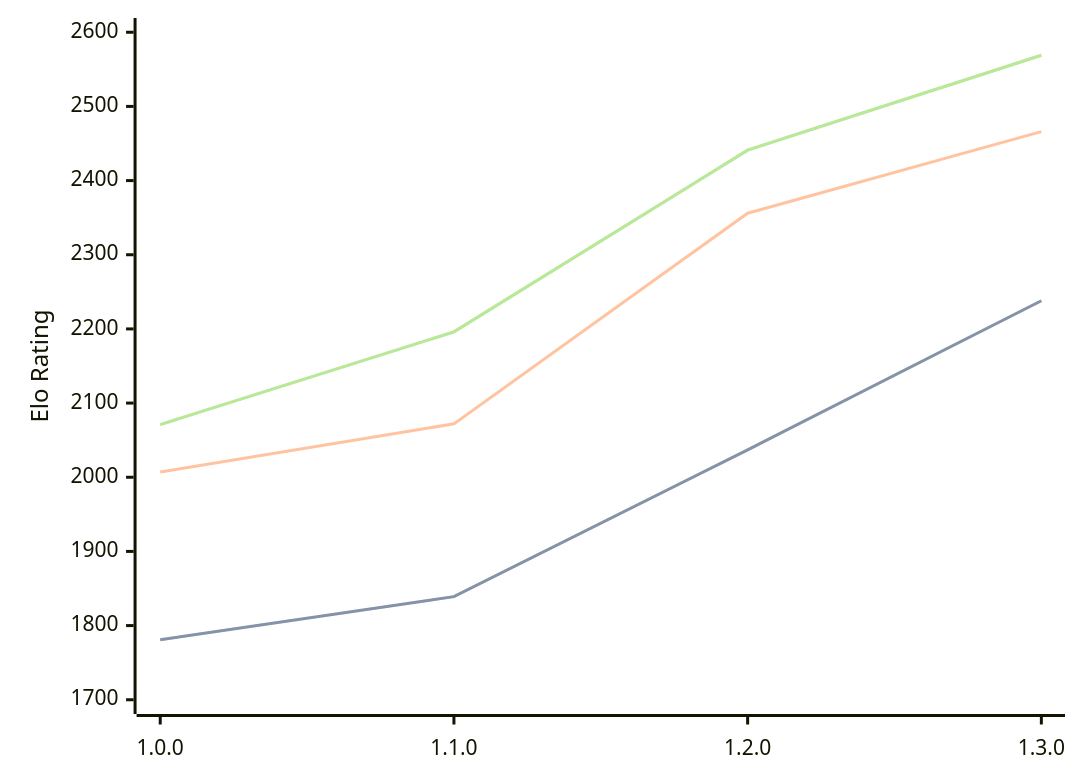
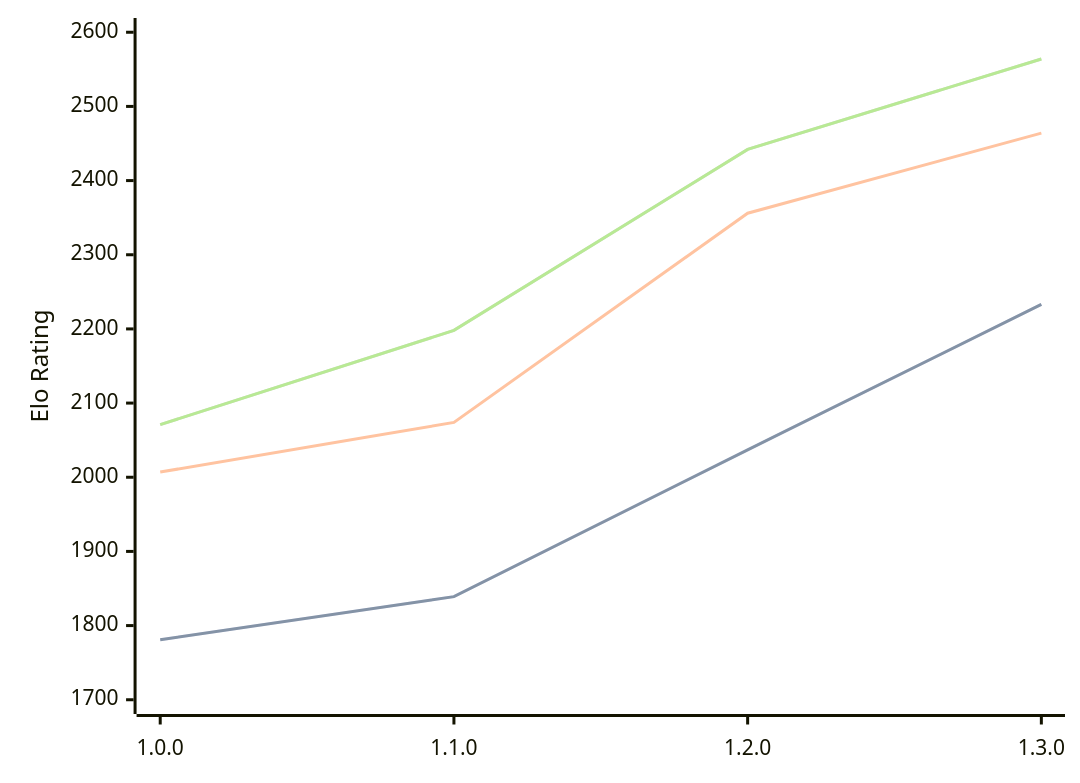
One commit to computer-chess-index/cci changed the diagram in engines/Anodos.md. Above: the diagram before and after it, drawn with Mermaid. The commit also changed other lines of this file, not shown here.

Commit message:
Update CCI Ratings (ELO VLTC) - 2026-02-18

````diff
--- a/engines/Anodos.md
+++ b/engines/Anodos.md
@@ -42,11 +42,11 @@
 ```mermaid
 %%{init: {"theme":"base","themeVariables":{"seriesColors:['#a3a3a3','#222221','#faa371']}}}%%
 xychart-beta
   x-axis ["1.0.0", "1.1.0", "1.2.0", "1.3.0"]
   y-axis "Elo Rating" 1700 --> 2600
-  line "STC (8.0+0.08s)" [1781, 1839, 2037, 2238]
-  line "STC (8.0+0.08s)" [1781, 1839, 2037, 2238]
-  line "LTC (60.0+0.60s)" [2007, 2072, 2356, 2466]
-  line "VLTC (2m24s+1.12s)" [2071, 2196, 2441, 2569]
-  line "VLTC (2m24s+1.12s)" [2071, 2196, 2441, 2569]
+  line "STC (8.0+0.08s)" [1781, 1839, 2037, 2233]
+  line "STC (8.0+0.08s)" [1781, 1839, 2037, 2233]
+  line "LTC (60.0+0.60s)" [2007, 2074, 2356, 2464]
+  line "VLTC (2m24s+1.12s)" [2071, 2198, 2442, 2564]
+  line "VLTC (2m24s+1.12s)" [2071, 2198, 2442, 2564]
 ```
````
